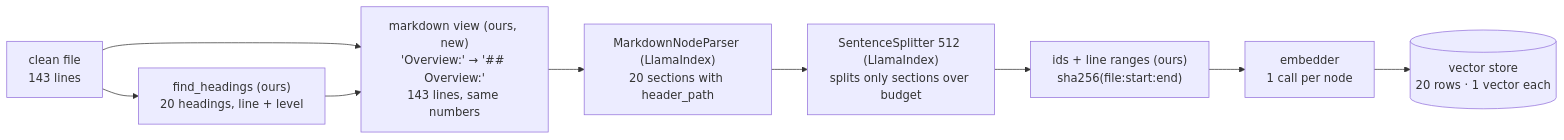
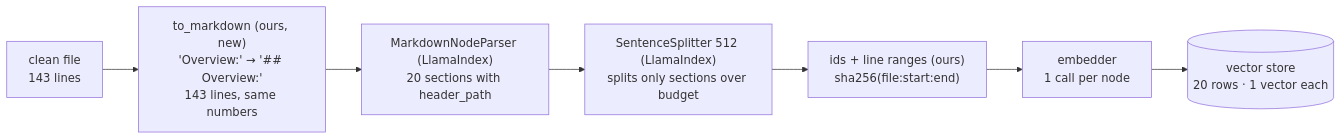
Before and after one commit to deepakdantagani/enterprise-rag: the diagram in docs/design/2-chunker-system-design.md, drawn with Mermaid. The commit also changed other lines of this file and 7 other files, not shown here.

First line of the commit message:
PARSE-8 simplified: one pass per file. structure + label_flags -> to_markdown; buckets/headings/blocks retired by PARSE-8d

````diff
--- a/docs/design/2-chunker-system-design.md
+++ b/docs/design/2-chunker-system-design.md
@@ -34,11 +34,9 @@
 ```mermaid
 flowchart LR
-    P["clean file<br/>143 lines"] --> H["find_headings (ours)<br/>20 headings, line + level"]
-    P --> M["markdown view (ours, new)<br/>'Overview:' → '## Overview:'<br/>143 lines, same numbers"]
-    H --> M
+    P["clean file<br/>143 lines"] --> M["to_markdown (ours, new)<br/>'Overview:' → '## Overview:'<br/>143 lines, same numbers"]
     M --> N["MarkdownNodeParser (LlamaIndex)<br/>20 sections with header_path"]
     N --> S["SentenceSplitter 512 (LlamaIndex)<br/>splits only sections over budget"]
     S --> I["ids + line ranges (ours)<br/>sha256(file:start:end)"]
     I --> E["embedder<br/>1 call per node"]
     E --> V[("vector store<br/>20 rows · 1 vector each")]
 ```
````
